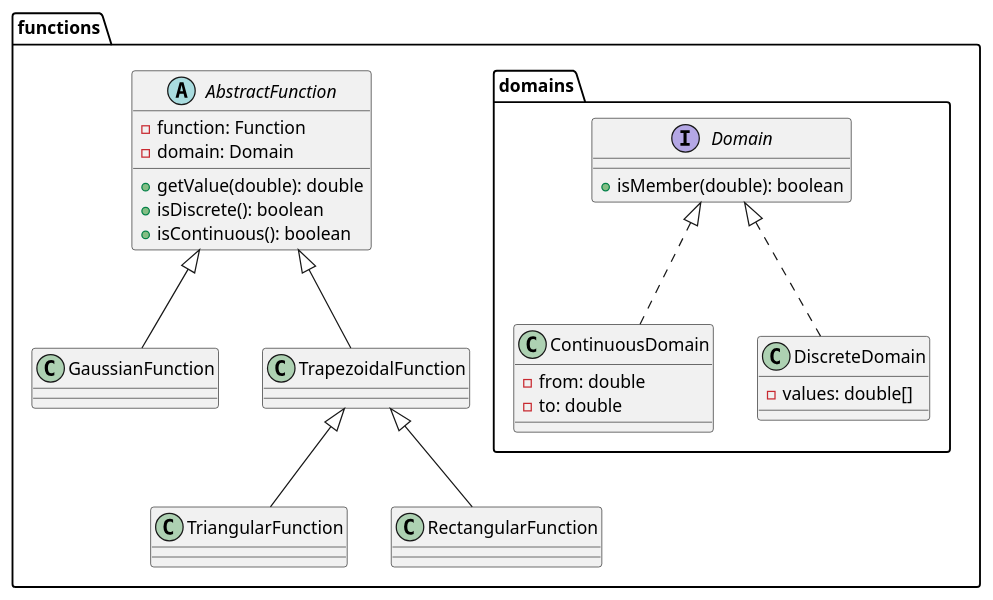
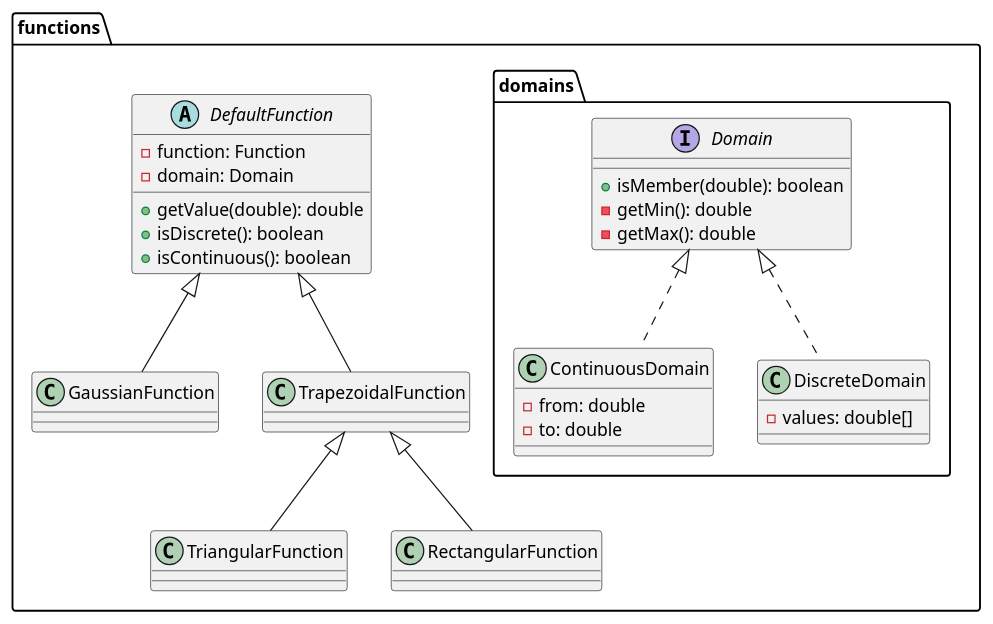
Before and after one commit to kambed/Computer-Recognition-Systems: the third of 3 diagrams in task2/README.md, drawn with PlantUML.

Commit message:
Functions refactor

````diff
--- a/task2/README.md
+++ b/task2/README.md
@@ -55,27 +55,29 @@
 ```plantuml
 package functions {
     package domains {
         interface Domain {
             + isMember(double): boolean
+            - getMin(): double
+            - getMax(): double
         }
         class ContinuousDomain implements Domain {
             - from: double
             - to: double
         }
         class DiscreteDomain implements Domain {
             - values: double[]
         }
     }
-    abstract class AbstractFunction {
+    abstract class DefaultFunction {
         - function: Function
         - domain: Domain
         + getValue(double): double
         + isDiscrete(): boolean
         + isContinuous(): boolean
     }
-    class GaussianFunction extends AbstractFunction
-    class TrapezoidalFunction extends AbstractFunction
+    class GaussianFunction extends DefaultFunction
+    class TrapezoidalFunction extends DefaultFunction
     class TriangularFunction extends TrapezoidalFunction
     class RectangularFunction extends TrapezoidalFunction
 }
 ```
````
